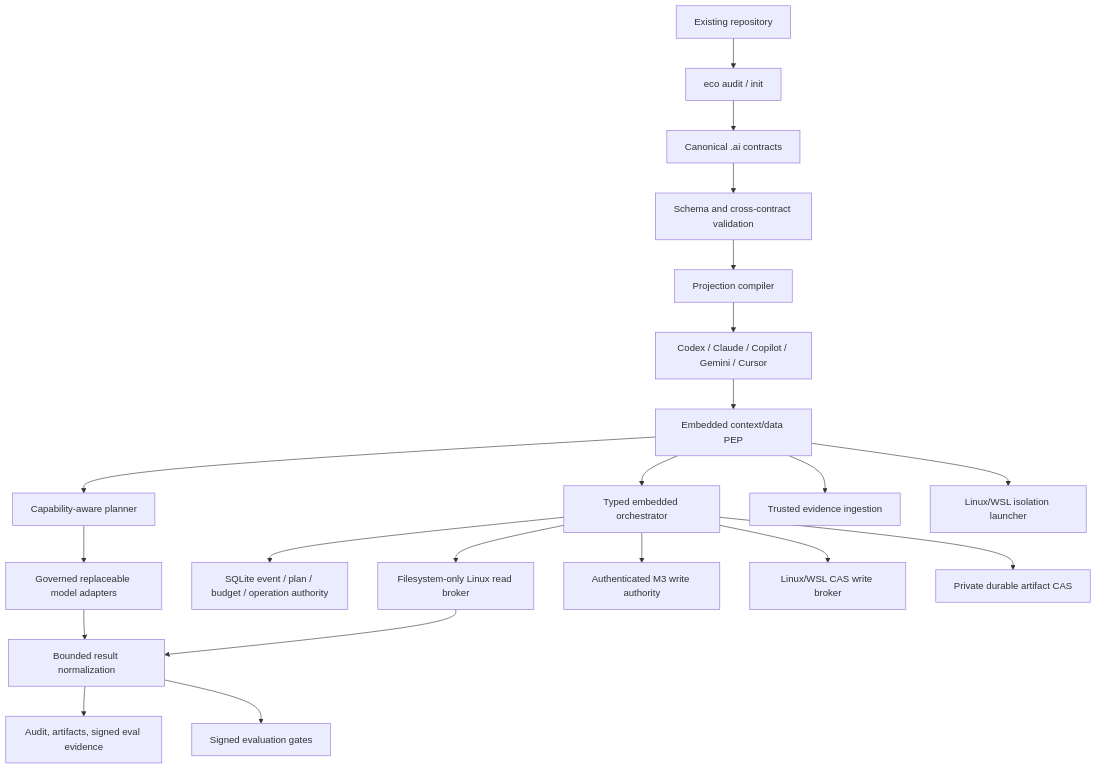
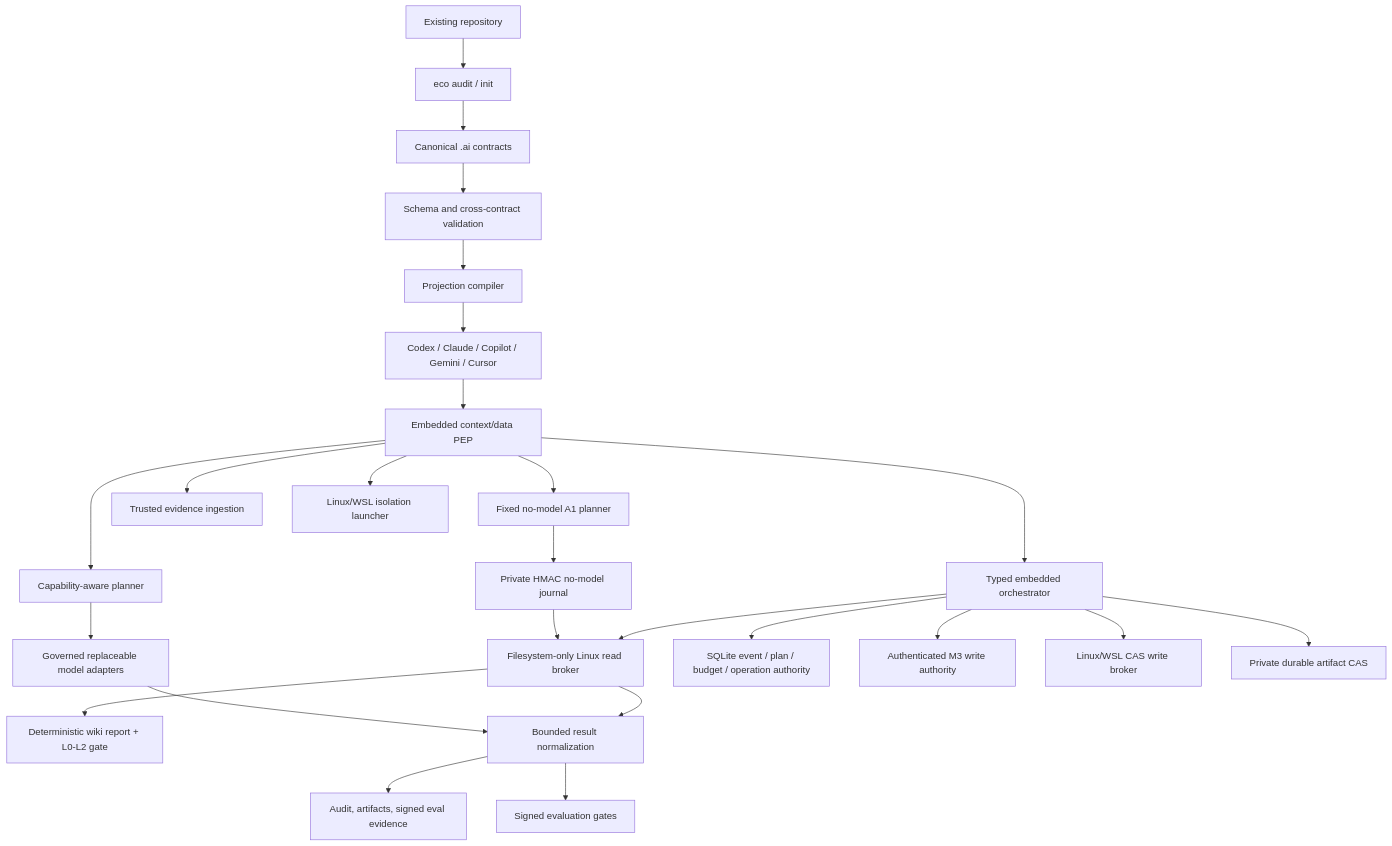
Before and after one commit to cyberdid/ecosystem: the diagram in docs/architecture/README.md, drawn with Mermaid. The commit also changed other lines of this file and 33 other files, not shown here.

Commit message:
feat: complete m4 no-model wiki health loop

````diff
--- a/docs/architecture/README.md
+++ b/docs/architecture/README.md
@@ -9,24 +9,28 @@
 ```mermaid
 flowchart TB
     R["Existing repository"] --> A["eco audit / init"]
     A --> C["Canonical .ai contracts"]
     C --> V["Schema and cross-contract validation"]
     V --> P["Projection compiler"]
     P --> H["Codex / Claude / Copilot / Gemini / Cursor"]
 
     H --> DPEP["Embedded context/data PEP"]
     DPEP --> ROUTER["Capability-aware planner"]
     ROUTER --> ADAPTERS["Governed replaceable model adapters"]
     DPEP --> ORCH["Typed embedded orchestrator"]
+    DPEP --> NOMODEL["Fixed no-model A1 planner"]
+    NOMODEL --> NMJOURNAL["Private HMAC no-model journal"]
+    NMJOURNAL --> BROKER
+    BROKER --> NMEVAL["Deterministic wiki report + L0-L2 gate"]
     ORCH --> STORE["SQLite event / plan / budget / operation authority"]
     ORCH --> BROKER["Filesystem-only Linux read broker"]
     ORCH --> WRITEAUTH["Authenticated M3 write authority"]
     ORCH --> WRITEBROKER["Linux/WSL CAS write broker"]
     ORCH --> CAS["Private durable artifact CAS"]
     DPEP --> EVIDENCE["Trusted evidence ingestion"]
     DPEP --> ISOLATION["Linux/WSL isolation launcher"]
     ADAPTERS --> OUT["Bounded result normalization"]
     BROKER --> OUT
     OUT --> AUDIT["Audit, artifacts, signed eval evidence"]
     OUT --> EVAL["Signed evaluation gates"]
 ```
````
